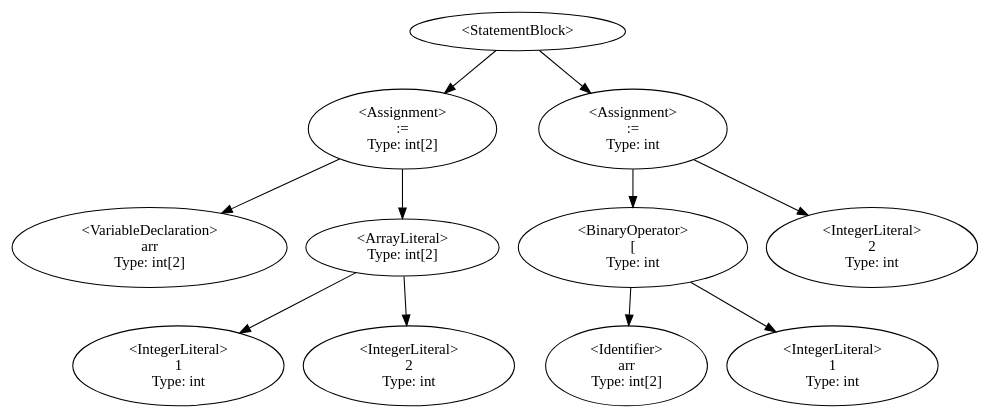
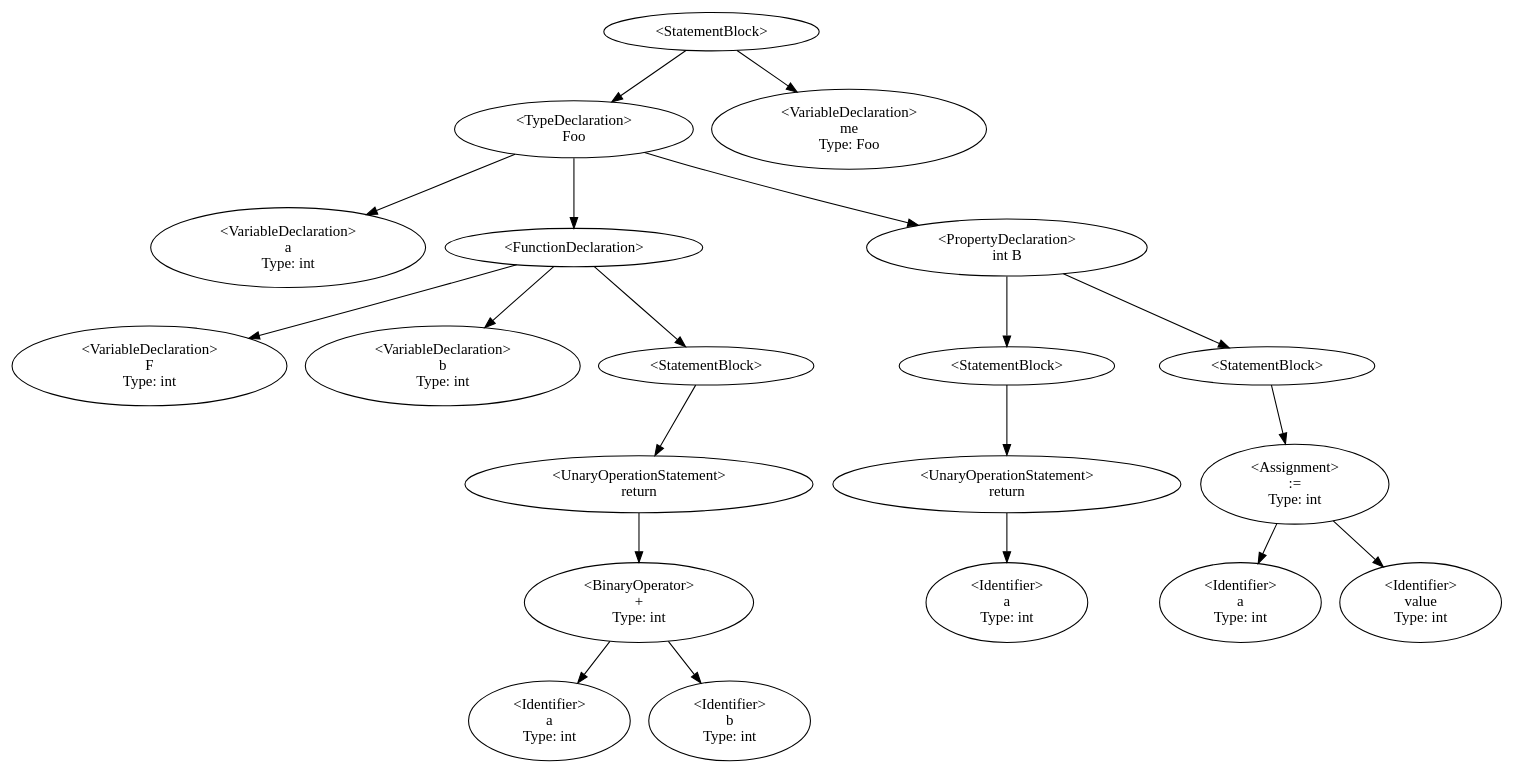
One commit to QazmoQwerty/dino changed the diagram in Dino/Dino/DstDisplay.gv. Above: the diagram before and after it, drawn with Graphviz. The commit also changed 5 other files, not shown here.

```diff
--- a/Dino/Dino/DstDisplay.gv
+++ b/Dino/Dino/DstDisplay.gv
@@ -1,22 +1,33 @@
 digraph G {
-8 [label="<StatementBlock>"];8->23;8->30;
-23 [label="<Assignment>\n:=
-Type: int[2]"];23->17;23->15;
-17 [label="<VariableDeclaration>\narr
-Type: int[2]"];
-15 [label="<ArrayLiteral>\nType: int[2]"];15->11;15->13;
-11 [label="<IntegerLiteral>\n1
+8 [label="<StatementBlock>"];8->9;8->35;
+9 [label="<TypeDeclaration>\nFoo"];9->10;9->14;9->34;
+10 [label="<VariableDeclaration>\na
 Type: int"];
-13 [label="<IntegerLiteral>\n2
+14 [label="<FunctionDeclaration>"];14->12;14->15;14->17;
+12 [label="<VariableDeclaration>\nF
 Type: int"];
-30 [label="<Assignment>\n:=
-Type: int"];30->29;30->24;
-29 [label="<BinaryOperator>\n[
-Type: int"];29->28;29->26;
-28 [label="<Identifier>\narr
-Type: int[2]"];
-26 [label="<IntegerLiteral>\n1
+15 [label="<VariableDeclaration>\nb
 Type: int"];
-24 [label="<IntegerLiteral>\n2
+17 [label="<StatementBlock>"];17->21;
+21 [label="<UnaryOperationStatement>\nreturn"];21->20;
+20 [label="<BinaryOperator>\n+
+Type: int"];20->19;20->18;
+19 [label="<Identifier>\na
 Type: int"];
+18 [label="<Identifier>\nb
+Type: int"];
+34 [label="<PropertyDeclaration>\nint B"];34->26;34->29;
+26 [label="<StatementBlock>"];26->28;
+28 [label="<UnaryOperationStatement>\nreturn"];28->27;
+27 [label="<Identifier>\na
+Type: int"];
+29 [label="<StatementBlock>"];29->32;
+32 [label="<Assignment>\n:=
+Type: int"];32->31;32->30;
+31 [label="<Identifier>\na
+Type: int"];
+30 [label="<Identifier>\nvalue
+Type: int"];
+35 [label="<VariableDeclaration>\nme
+Type: Foo"];
 }
```
